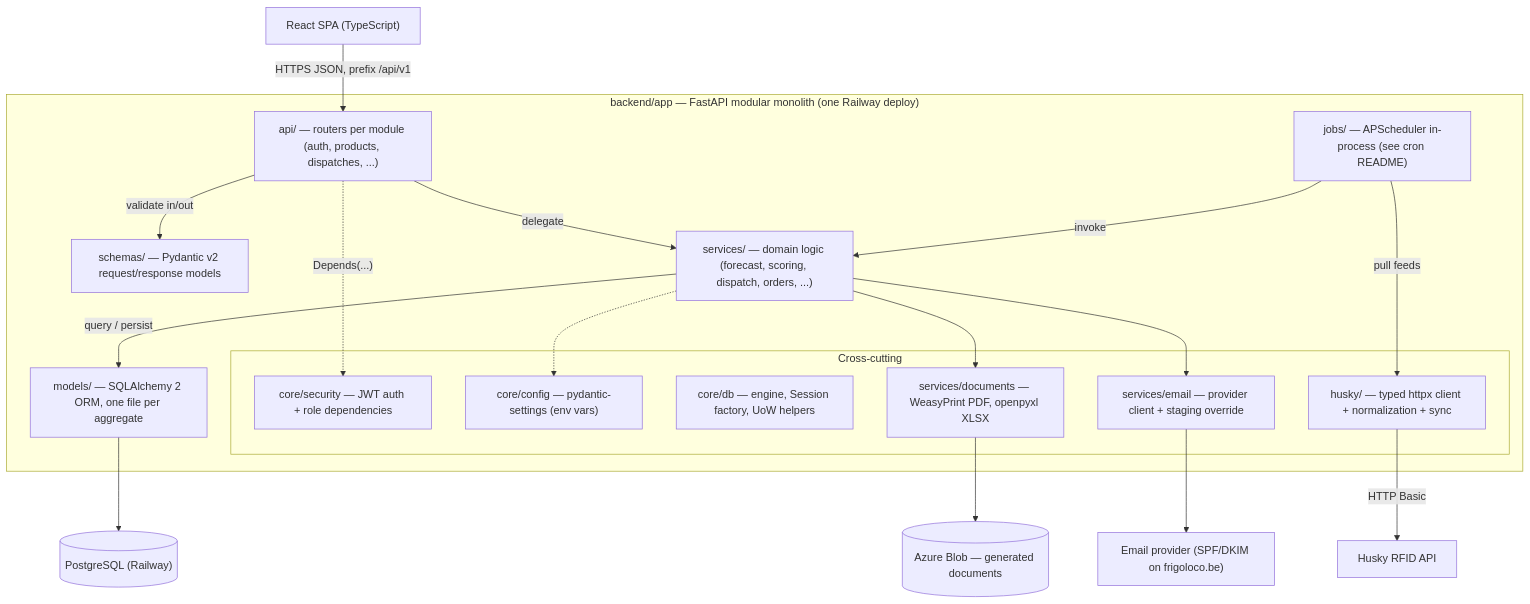
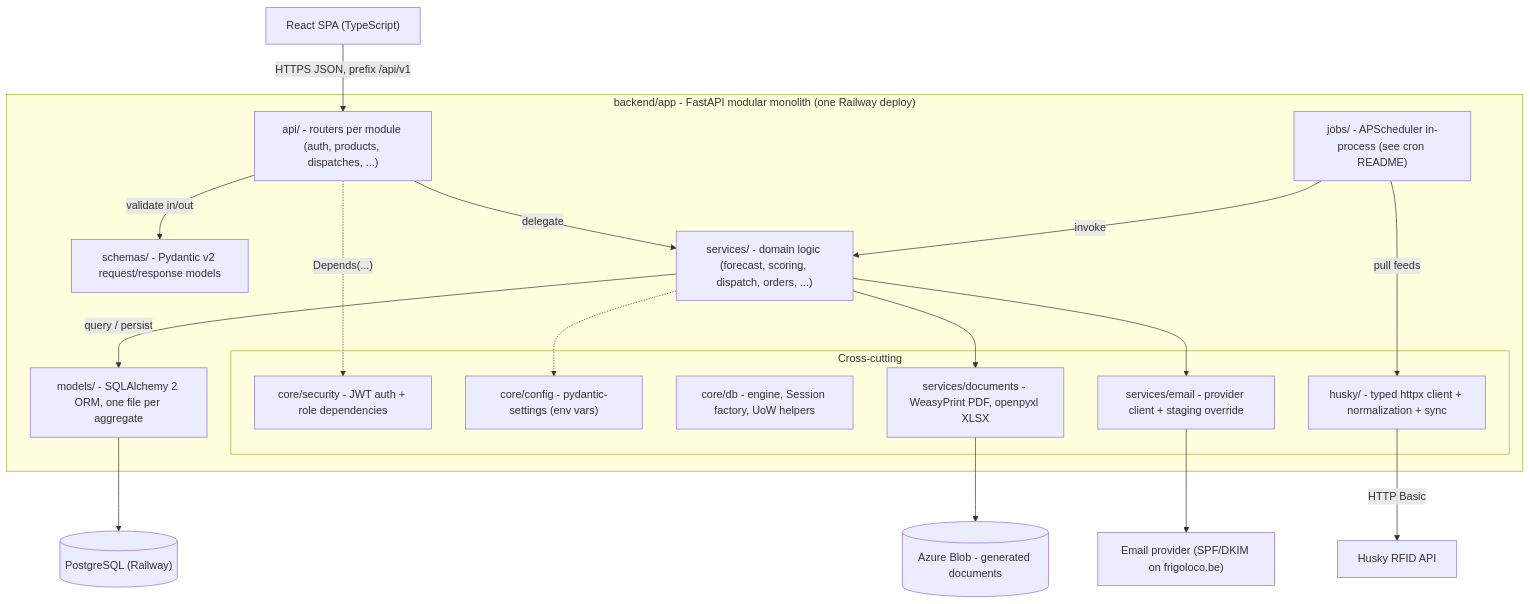
One commit to 1504168/frigoloco-web changed the first of 4 diagrams in architecture/backend/README.md. Above: the diagram before and after it, drawn with Mermaid. The commit also changed other lines of this file and 110 other files, not shown here.

````diff
--- a/architecture/backend/README.md
+++ b/architecture/backend/README.md
@@ -19,37 +19,37 @@
 ```mermaid
 flowchart TD
     SPA["React SPA (TypeScript)"] -->|"HTTPS JSON, prefix /api/v1"| ROUTERS
 
-    subgraph APP["backend/app — FastAPI modular monolith (one Railway deploy)"]
-        ROUTERS["api/ — routers per module (auth, products, dispatches, ...)"]
-        SCHEMAS["schemas/ — Pydantic v2 request/response models"]
-        SERVICES["services/ — domain logic (forecast, scoring, dispatch, orders, ...)"]
-        MODELS["models/ — SQLAlchemy 2 ORM, one file per aggregate"]
+    subgraph APP["backend/app - FastAPI modular monolith (one Railway deploy)"]
+        ROUTERS["api/ - routers per module (auth, products, dispatches, ...)"]
+        SCHEMAS["schemas/ - Pydantic v2 request/response models"]
+        SERVICES["services/ - domain logic (forecast, scoring, dispatch, orders, ...)"]
+        MODELS["models/ - SQLAlchemy 2 ORM, one file per aggregate"]
 
         ROUTERS -->|"validate in/out"| SCHEMAS
         ROUTERS -->|"delegate"| SERVICES
         SERVICES -->|"query / persist"| MODELS
 
         subgraph XCUT["Cross-cutting"]
-            SEC["core/security — JWT auth + role dependencies"]
-            CFG["core/config — pydantic-settings (env vars)"]
-            DB2["core/db — engine, Session factory, UoW helpers"]
-            HUSKYC["husky/ — typed httpx client + normalization + sync"]
-            DOCSVC["services/documents — WeasyPrint PDF, openpyxl XLSX"]
-            MAILSVC["services/email — provider client + staging override"]
+            SEC["core/security - JWT auth + role dependencies"]
+            CFG["core/config - pydantic-settings (env vars)"]
+            DB2["core/db - engine, Session factory, UoW helpers"]
+            HUSKYC["husky/ - typed httpx client + normalization + sync"]
+            DOCSVC["services/documents - WeasyPrint PDF, openpyxl XLSX"]
+            MAILSVC["services/email - provider client + staging override"]
         end
 
-        JOBS["jobs/ — APScheduler in-process (see cron README)"]
+        JOBS["jobs/ - APScheduler in-process (see cron README)"]
         JOBS -->|"invoke"| SERVICES
         JOBS -->|"pull feeds"| HUSKYC
         ROUTERS -.->|"Depends(...)"| SEC
         SERVICES -.-> CFG
         SERVICES --> DOCSVC
         SERVICES --> MAILSVC
     end
 
     MODELS --> PG[("PostgreSQL (Railway)")]
     HUSKYC -->|"HTTP Basic"| HUSKY["Husky RFID API"]
-    DOCSVC --> BLOB[("Azure Blob — generated documents")]
+    DOCSVC --> BLOB[("Azure Blob - generated documents")]
     MAILSVC --> SMTP["Email provider (SPF/DKIM on frigoloco.be)"]
 ```
````
